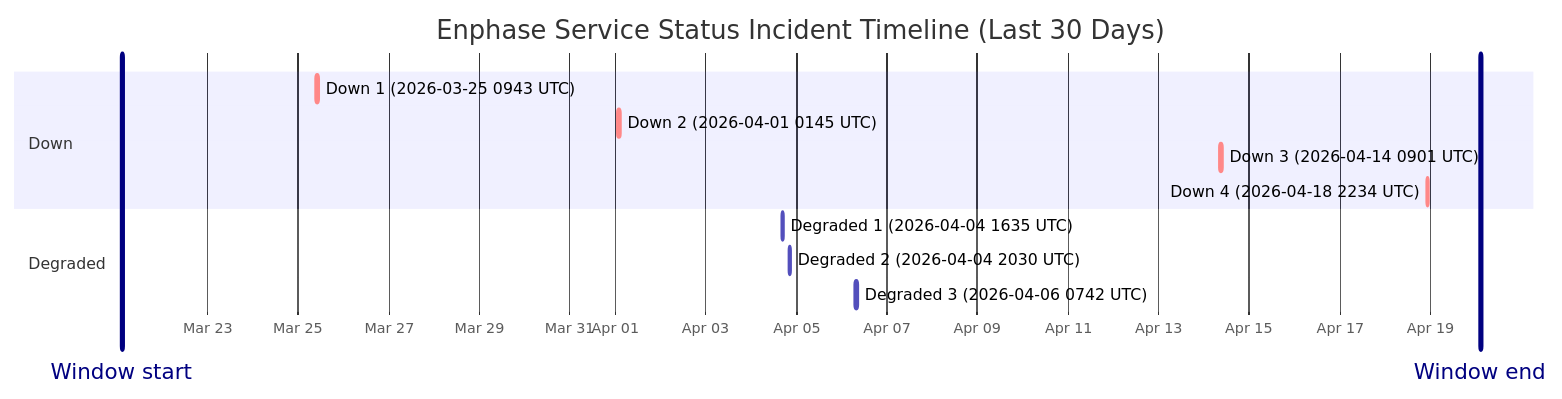
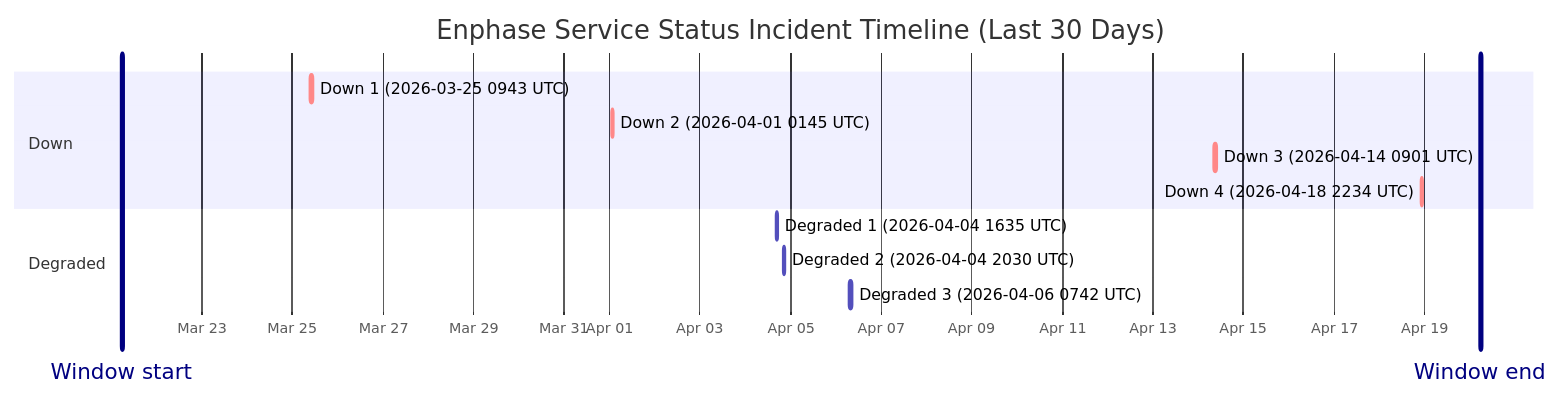
One commit to barneyonline/ha-enphase-ev-charger changed the diagram in wiki/Service-Status-History.md. Above: the diagram before and after it, drawn with Mermaid. The commit also changed other lines of this file and 3 other files, not shown here.

````diff
--- a/wiki/Service-Status-History.md
+++ b/wiki/Service-Status-History.md
@@ -14,17 +14,17 @@
 ```mermaid
 gantt
     title Enphase Service Status Incident Timeline (Last 30 Days)
     dateFormat  YYYY-MM-DDTHH:mm:ss
     axisFormat  %b %d
-    Window start :vert, window-start, 2026-03-21T02:36:34, 0ms
-    Window end :vert, window-end, 2026-04-20T02:36:34, 0ms
+    Window start :vert, window-start, 2026-03-21T05:40:39, 0ms
+    Window end :vert, window-end, 2026-04-20T05:40:39, 0ms
     section Down
     Down 1 (2026-03-25 0943 UTC) :crit, down-1, 2026-03-25T09:43:28, 111m
     Down 2 (2026-04-01 0145 UTC) :crit, down-2, 2026-04-01T01:45:09, 60m
     Down 3 (2026-04-14 0901 UTC) :crit, down-3, 2026-04-14T09:01:13, 60m
     Down 4 (2026-04-18 2234 UTC) :crit, down-4, 2026-04-18T22:34:13, 60m
     section Degraded
     Degraded 1 (2026-04-04 1635 UTC) :active, degraded-1, 2026-04-04T16:35:17, 60m
     Degraded 2 (2026-04-04 2030 UTC) :active, degraded-2, 2026-04-04T20:30:40, 60m
     Degraded 3 (2026-04-06 0742 UTC) :active, degraded-3, 2026-04-06T07:42:09, 85m
 ```
````
